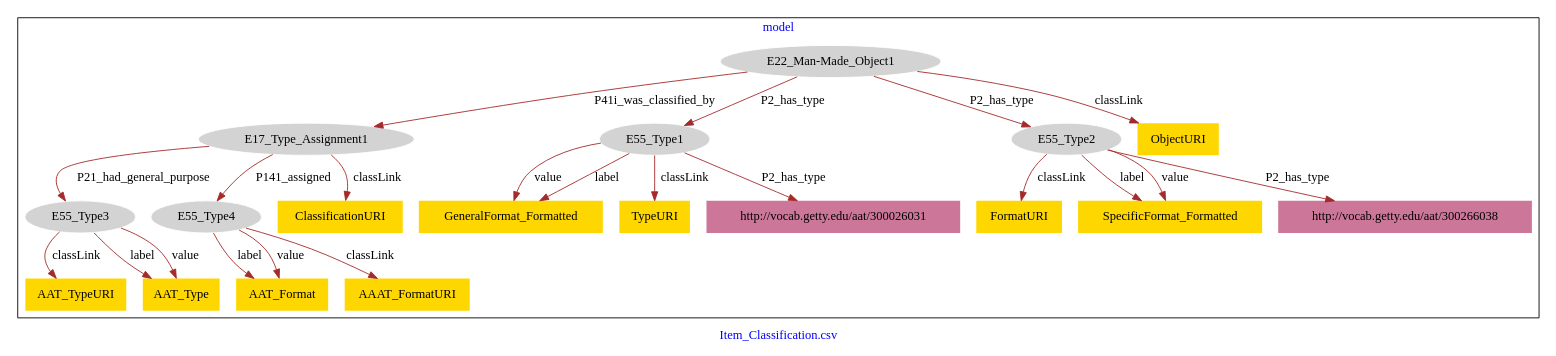
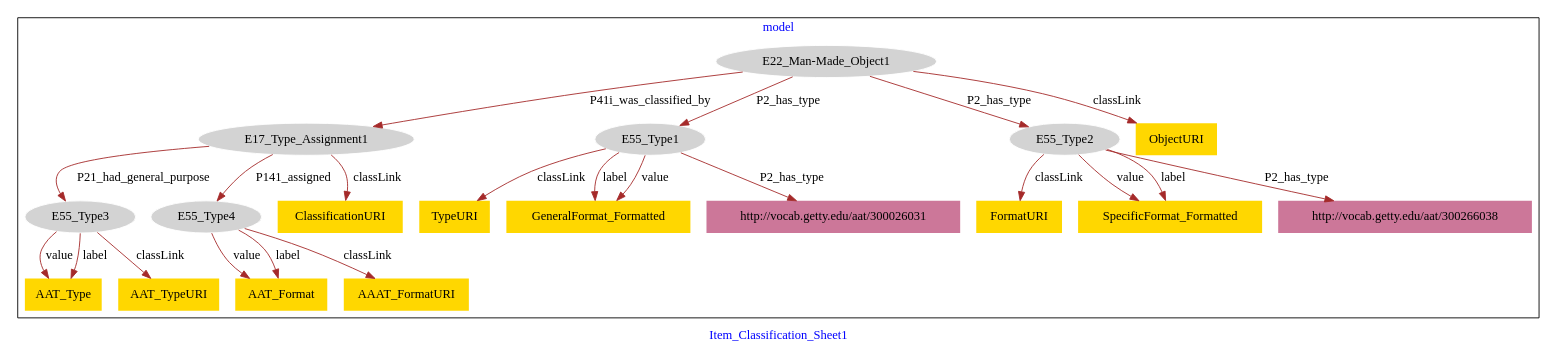
Before and after one commit to american-art/aaa: the diagram in Item_Classification/Item_Classification-model.dot, drawn with Graphviz.

Commit message:
Update file Item_Classification-model.dot

```diff
--- a/Item_Classification/Item_Classification-model.dot
+++ b/Item_Classification/Item_Classification-model.dot
@@ -1,47 +1,47 @@
 digraph n0 {
 fontcolor="blue"
 remincross="true"
-label="Item_Classification.csv"
+label="Item_Classification_Sheet1"
 subgraph cluster {
 label="model"
 n2[style="filled",color="white",fillcolor="lightgray",label="E17_Type_Assignment1"];
 n3[style="filled",color="white",fillcolor="lightgray",label="E55_Type3"];
 n4[style="filled",color="white",fillcolor="lightgray",label="E55_Type4"];
 n5[style="filled",color="white",fillcolor="lightgray",label="E22_Man-Made_Object1"];
 n6[style="filled",color="white",fillcolor="lightgray",label="E55_Type1"];
 n7[style="filled",color="white",fillcolor="lightgray",label="E55_Type2"];
-n8[shape="plaintext",style="filled",fillcolor="gold",label="GeneralFormat_Formatted"];
-n9[shape="plaintext",style="filled",fillcolor="gold",label="AAT_Format"];
-n10[shape="plaintext",style="filled",fillcolor="gold",label="AAAT_FormatURI"];
-n11[shape="plaintext",style="filled",fillcolor="gold",label="ClassificationURI"];
-n12[shape="plaintext",style="filled",fillcolor="gold",label="FormatURI"];
-n13[shape="plaintext",style="filled",fillcolor="gold",label="TypeURI"];
-n14[shape="plaintext",style="filled",fillcolor="gold",label="AAT_TypeURI"];
-n15[shape="plaintext",style="filled",fillcolor="gold",label="ObjectURI"];
-n16[shape="plaintext",style="filled",fillcolor="gold",label="SpecificFormat_Formatted"];
-n17[shape="plaintext",style="filled",fillcolor="gold",label="AAT_Type"];
+n8[shape="plaintext",style="filled",fillcolor="gold",label="FormatURI"];
+n9[shape="plaintext",style="filled",fillcolor="gold",label="AAT_Type"];
+n10[shape="plaintext",style="filled",fillcolor="gold",label="TypeURI"];
+n11[shape="plaintext",style="filled",fillcolor="gold",label="AAT_Format"];
+n12[shape="plaintext",style="filled",fillcolor="gold",label="AAAT_FormatURI"];
+n13[shape="plaintext",style="filled",fillcolor="gold",label="SpecificFormat_Formatted"];
+n14[shape="plaintext",style="filled",fillcolor="gold",label="GeneralFormat_Formatted"];
+n15[shape="plaintext",style="filled",fillcolor="gold",label="AAT_TypeURI"];
+n16[shape="plaintext",style="filled",fillcolor="gold",label="ClassificationURI"];
+n17[shape="plaintext",style="filled",fillcolor="gold",label="ObjectURI"];
 n18[shape="plaintext",style="filled",fillcolor="#CC7799",label="http://vocab.getty.edu/aat/300026031"];
 n19[shape="plaintext",style="filled",fillcolor="#CC7799",label="http://vocab.getty.edu/aat/300266038"];
 }
 n2 -> n3[color="brown",fontcolor="black",label="P21_had_general_purpose"]
 n2 -> n4[color="brown",fontcolor="black",label="P141_assigned"]
 n5 -> n2[color="brown",fontcolor="black",label="P41i_was_classified_by"]
 n5 -> n6[color="brown",fontcolor="black",label="P2_has_type"]
 n5 -> n7[color="brown",fontcolor="black",label="P2_has_type"]
-n6 -> n8[color="brown",fontcolor="black",label="value"]
-n4 -> n9[color="brown",fontcolor="black",label="label"]
-n4 -> n10[color="brown",fontcolor="black",label="classLink"]
-n2 -> n11[color="brown",fontcolor="black",label="classLink"]
-n7 -> n12[color="brown",fontcolor="black",label="classLink"]
-n6 -> n13[color="brown",fontcolor="black",label="classLink"]
-n3 -> n14[color="brown",fontcolor="black",label="classLink"]
-n5 -> n15[color="brown",fontcolor="black",label="classLink"]
-n7 -> n16[color="brown",fontcolor="black",label="label"]
-n3 -> n17[color="brown",fontcolor="black",label="label"]
-n3 -> n17[color="brown",fontcolor="black",label="value"]
-n4 -> n9[color="brown",fontcolor="black",label="value"]
-n7 -> n16[color="brown",fontcolor="black",label="value"]
+n7 -> n8[color="brown",fontcolor="black",label="classLink"]
+n3 -> n9[color="brown",fontcolor="black",label="value"]
+n6 -> n10[color="brown",fontcolor="black",label="classLink"]
+n4 -> n11[color="brown",fontcolor="black",label="value"]
+n4 -> n12[color="brown",fontcolor="black",label="classLink"]
+n7 -> n13[color="brown",fontcolor="black",label="value"]
+n6 -> n14[color="brown",fontcolor="black",label="label"]
+n3 -> n15[color="brown",fontcolor="black",label="classLink"]
+n2 -> n16[color="brown",fontcolor="black",label="classLink"]
+n5 -> n17[color="brown",fontcolor="black",label="classLink"]
+n3 -> n9[color="brown",fontcolor="black",label="label"]
+n6 -> n14[color="brown",fontcolor="black",label="value"]
 n6 -> n18[color="brown",fontcolor="black",label="P2_has_type"]
+n4 -> n11[color="brown",fontcolor="black",label="label"]
 n7 -> n19[color="brown",fontcolor="black",label="P2_has_type"]
-n6 -> n8[color="brown",fontcolor="black",label="label"]
+n7 -> n13[color="brown",fontcolor="black",label="label"]
 }
```
